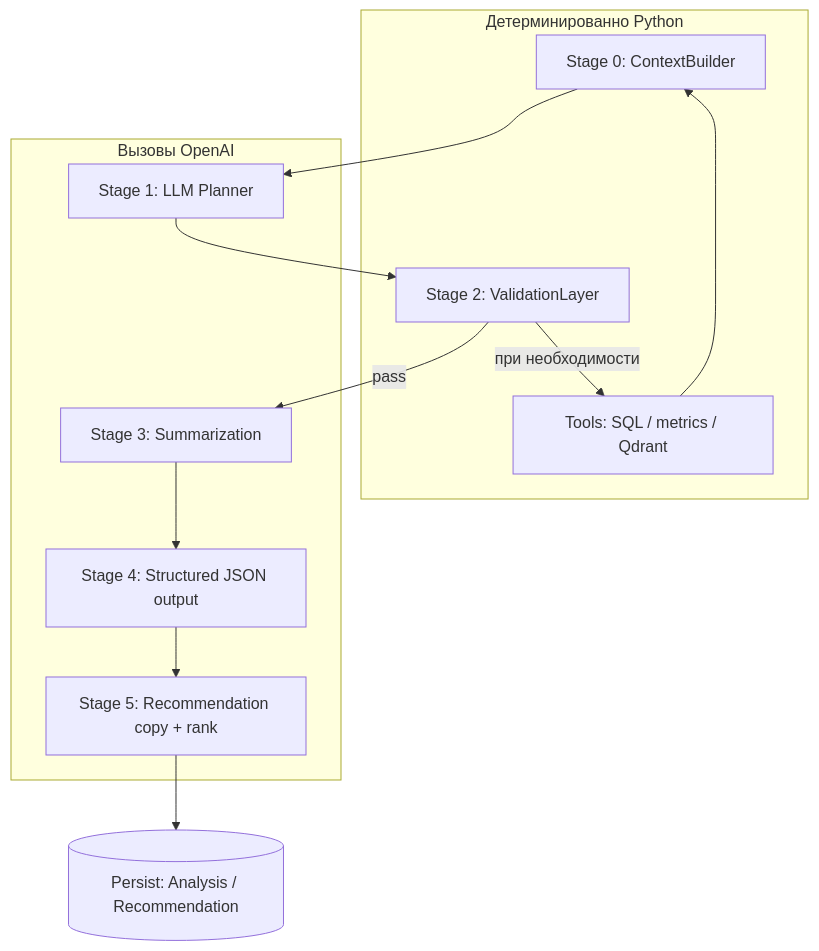
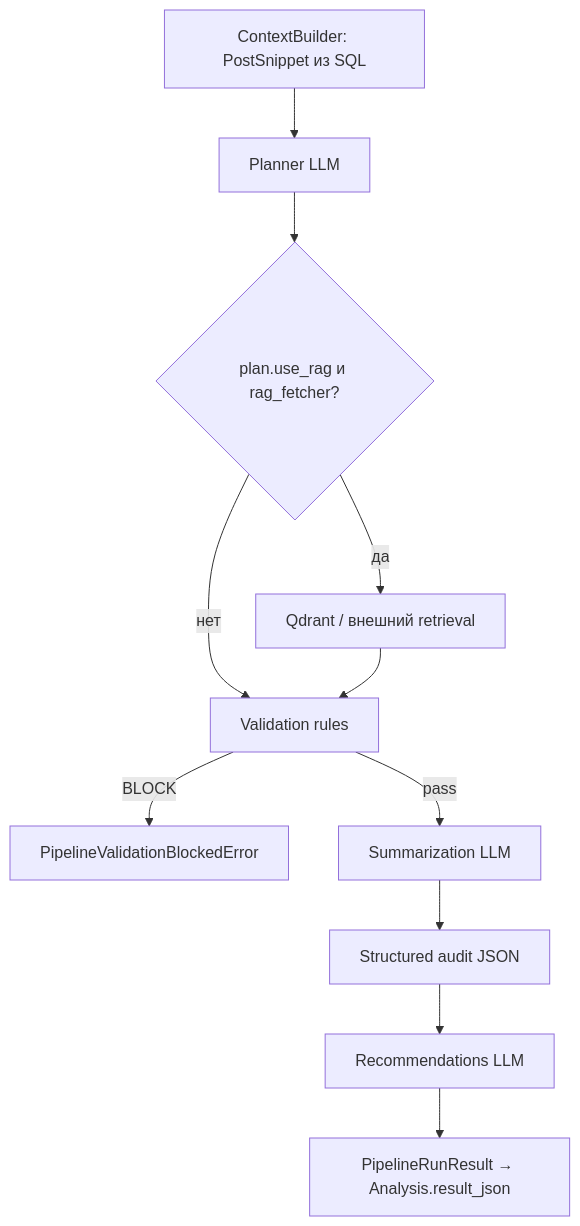
Before and after one commit to barsetca/tg-channel-intelli-dashboard: the diagram in backend/docs/AI_PIPELINE_ARCHITECTURE.md, drawn with Mermaid. The commit also changed other lines of this file and 48 other files, not shown here.

````diff
--- a/backend/docs/AI_PIPELINE_ARCHITECTURE.md
+++ b/backend/docs/AI_PIPELINE_ARCHITECTURE.md
@@ -61,22 +76,13 @@
 ```mermaid
 flowchart TD
-  subgraph deterministic[Детерминированно Python]
-    S0[Stage 0: ContextBuilder]
-    S2[Stage 2: ValidationLayer]
-    T[Tools: SQL / metrics / Qdrant]
-  end
-  subgraph llm[Вызовы OpenAI]
-    S1[Stage 1: LLM Planner]
-    S3[Stage 3: Summarization]
-    S4[Stage 4: Structured JSON output]
-    S5[Stage 5: Recommendation copy + rank]
-  end
-  S0 --> S1
-  S1 --> S2
-  S2 -->|при необходимости| T
-  T --> S0
-  S2 -->|pass| S3
-  S3 --> S4
-  S4 --> S5
-  S5 --> P[(Persist: Analysis / Recommendation)]
+  S0[ContextBuilder: PostSnippet из SQL] --> S1[Planner LLM]
+  S1 --> RAG{plan.use_rag и rag_fetcher?}
+  RAG -->|да| R[Qdrant / внешний retrieval]
+  RAG -->|нет| S2
+  R --> S2[Validation rules]
+  S2 -->|BLOCK| X[PipelineValidationBlockedError]
+  S2 -->|pass| S3[Summarization LLM]
+  S3 --> S4[Structured audit JSON]
+  S4 --> S5[Recommendations LLM]
+  S5 --> OUT[PipelineRunResult → Analysis.result_json]
 ```
````
